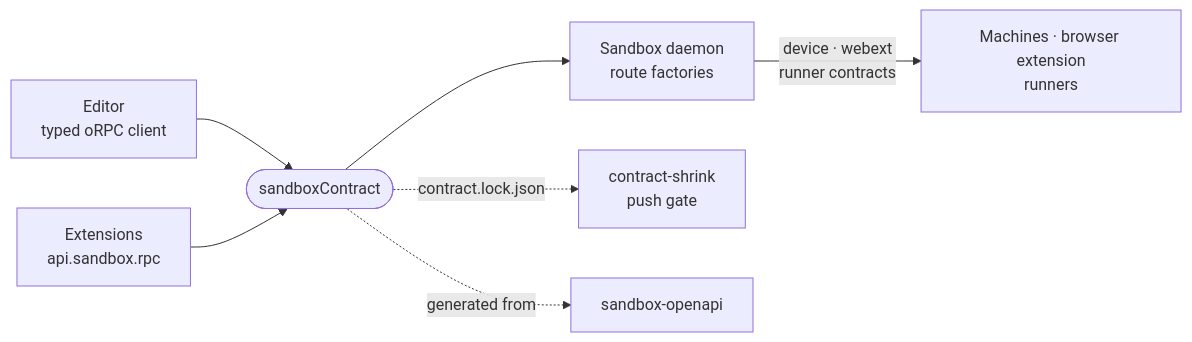
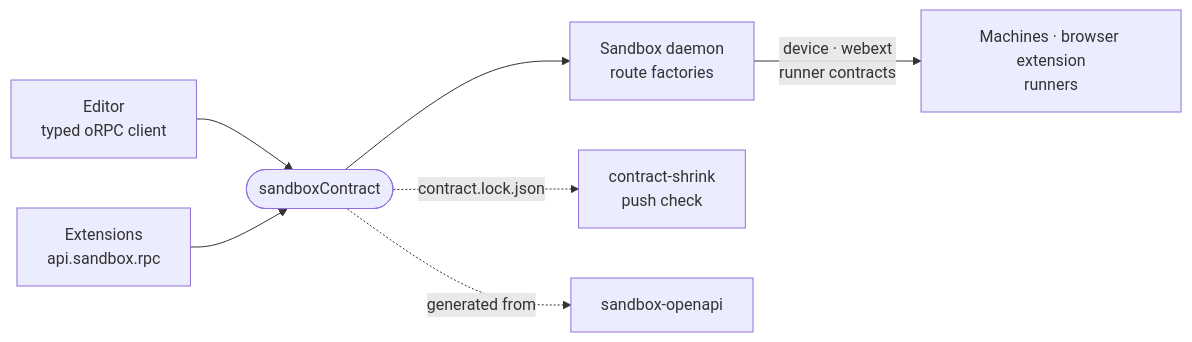
Before and after one commit to intentic/intentic: the diagram in _shared/sandbox-contract/README.md, drawn with Mermaid. The commit also changed other lines of this file and 178 other files, not shown here.

````diff
--- a/_shared/sandbox-contract/README.md
+++ b/_shared/sandbox-contract/README.md
@@ -5,9 +5,9 @@
 ```mermaid
 flowchart LR
     web["Editor<br/>typed oRPC client"] --> contract(["sandboxContract"])
     ext["Extensions<br/>api.sandbox.rpc"] --> contract
     contract --> daemon["Sandbox daemon<br/>route factories"]
     daemon -- "device · webext<br/>runner contracts" --> peers["Machines · browser extension<br/>runners"]
-    contract -. "contract.lock.json" .-> shrink["contract-shrink<br/>push gate"]
+    contract -. "contract.lock.json" .-> shrink["contract-shrink<br/>push check"]
     contract -. "generated from" .-> openapi["sandbox-openapi"]
 ```
````
